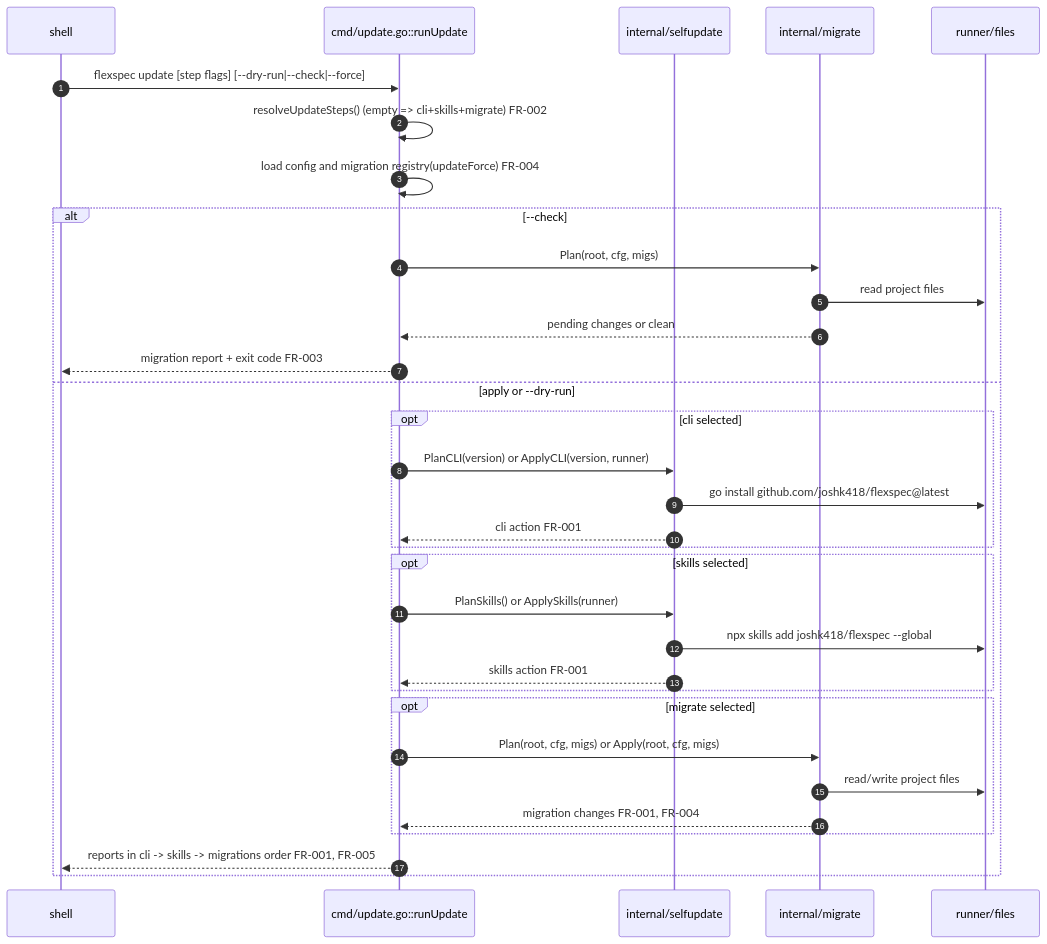
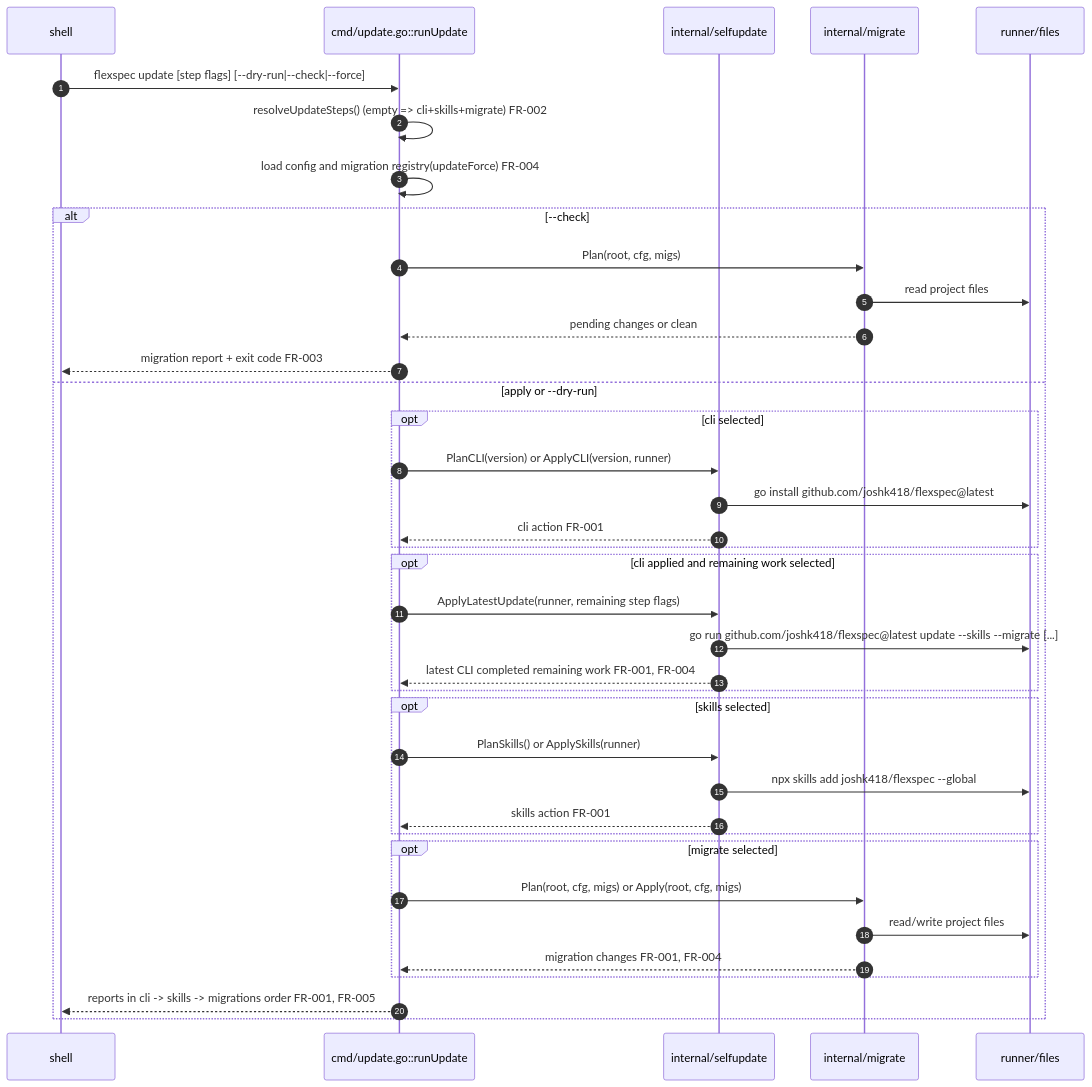
Before and after one commit to joshk418/flexspec: the diagram in specs/013-update-command-order/README.md, drawn with Mermaid. The commit also changed other lines of this file and 4 other files, not shown here.

````diff
--- a/specs/013-update-command-order/README.md
+++ b/specs/013-update-command-order/README.md
@@ -47,36 +47,41 @@
 ```mermaid
 sequenceDiagram
     autonumber
     participant U as shell
     participant C as cmd/update.go::runUpdate
     participant S as internal/selfupdate
     participant M as internal/migrate
     participant X as runner/files
 
     U->>C: flexspec update [step flags] [--dry-run|--check|--force]
     C->>C: resolveUpdateSteps() (empty => cli+skills+migrate) FR-002
     C->>C: load config and migration registry(updateForce) FR-004
     alt --check
         C->>M: Plan(root, cfg, migs)
         M->>X: read project files
         M-->>C: pending changes or clean
         C-->>U: migration report + exit code FR-003
     else apply or --dry-run
         opt cli selected
             C->>S: PlanCLI(version) or ApplyCLI(version, runner)
             S->>X: go install github.com/joshk418/flexspec@latest
             S-->>C: cli action FR-001
         end
+        opt cli applied and remaining work selected
+            C->>S: ApplyLatestUpdate(runner, remaining step flags)
+            S->>X: go run github.com/joshk418/flexspec@latest update --skills --migrate [...]
+            S-->>C: latest CLI completed remaining work FR-001, FR-004
+        end
         opt skills selected
             C->>S: PlanSkills() or ApplySkills(runner)
             S->>X: npx skills add joshk418/flexspec --global
             S-->>C: skills action FR-001
         end
         opt migrate selected
             C->>M: Plan(root, cfg, migs) or Apply(root, cfg, migs)
             M->>X: read/write project files
             M-->>C: migration changes FR-001, FR-004
         end
         C-->>U: reports in cli -> skills -> migrations order FR-001, FR-005
     end
 ```
````
